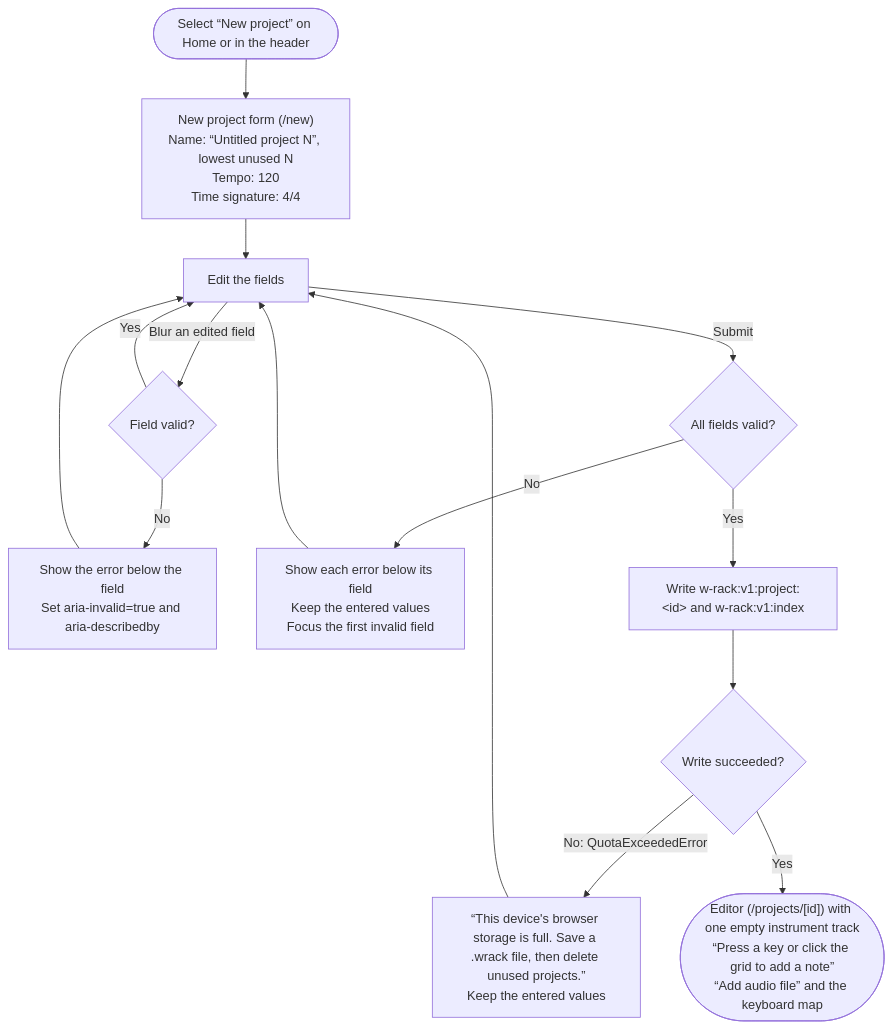
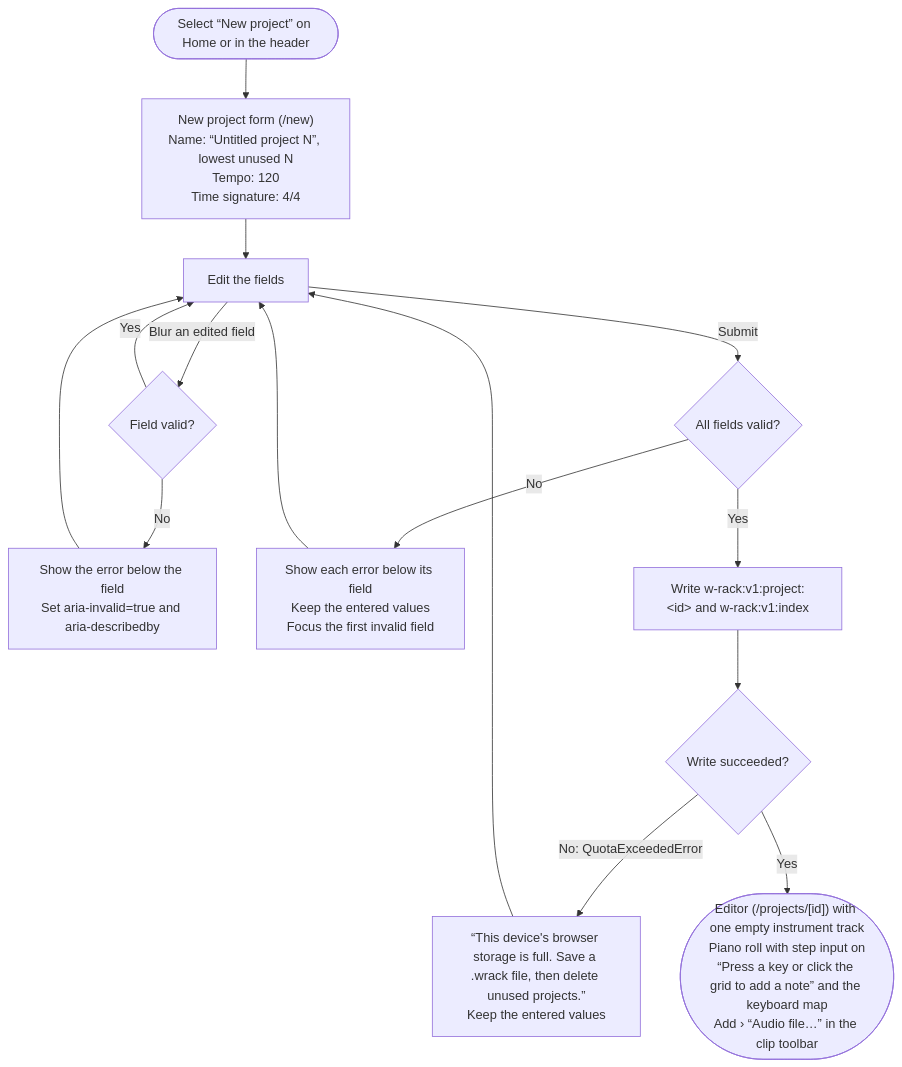
Before and after one commit to victor-almaraz/mpcs-51238-assignment-3: the second of 10 diagrams in README.md, drawn with Mermaid. The commit also changed other lines of this file and 26 other files, not shown here.

````diff
--- a/README.md
+++ b/README.md
@@ -34,17 +34,17 @@
 ```mermaid
 flowchart TD
   cp_start(["Select “New project” on Home or in the header"]) --> cp_form["New project form (/new)<br/>Name: “Untitled project N”, lowest unused N<br/>Tempo: 120<br/>Time signature: 4/4"]
   cp_form --> cp_edit["Edit the fields"]
   cp_edit -->|"Blur an edited field"| cp_blur{"Field valid?"}
   cp_blur -->|"Yes"| cp_edit
   cp_blur -->|"No"| cp_ferr["Show the error below the field<br/>Set aria-invalid=true and aria-describedby"]
   cp_ferr --> cp_edit
   cp_edit -->|"Submit"| cp_check{"All fields valid?"}
   cp_check -->|"No"| cp_errs["Show each error below its field<br/>Keep the entered values<br/>Focus the first invalid field"]
   cp_errs --> cp_edit
   cp_check -->|"Yes"| cp_store["Write w-rack:v1:project:#lt;id#gt; and w-rack:v1:index"]
   cp_store --> cp_quota{"Write succeeded?"}
   cp_quota -->|"No: QuotaExceededError"| cp_full["“This device's browser storage is full. Save a .wrack file, then delete unused projects.”<br/>Keep the entered values"]
   cp_full --> cp_edit
-  cp_quota -->|"Yes"| cp_editor(["Editor (/projects/[id]) with one empty instrument track<br/>“Press a key or click the grid to add a note”<br/>“Add audio file” and the keyboard map"])
+  cp_quota -->|"Yes"| cp_editor(["Editor (/projects/[id]) with one empty instrument track<br/>Piano roll with step input on<br/>“Press a key or click the grid to add a note” and the keyboard map<br/>Add › “Audio file…” in the clip toolbar"])
 ```
````
